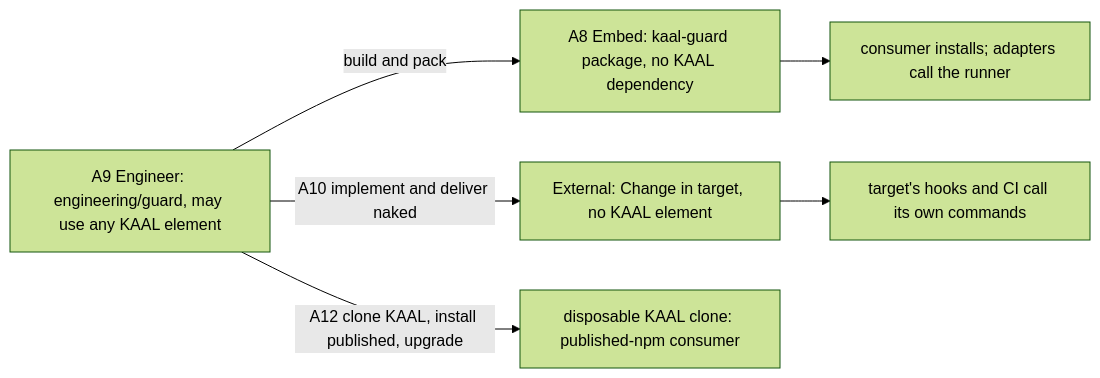
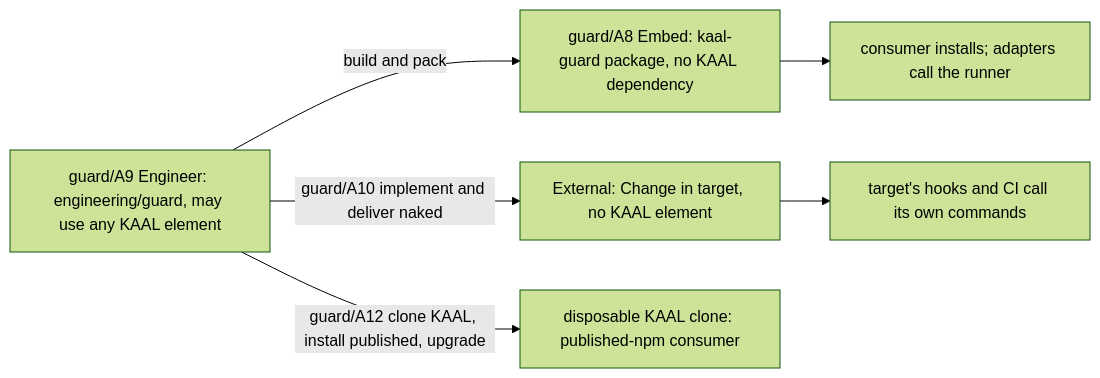
Before and after one commit to Kai-Hacks-AI/KAAL: the second of 2 diagrams in engineering/guard/architecture.md, drawn with Mermaid (forest theme). The commit also changed other lines of this file and 73 other files, not shown here.

First line of the commit message:
Integrate kaal/guard outside .github for promotion (guard 0.0.2)

````diff
--- a/engineering/guard/architecture.md
+++ b/engineering/guard/architecture.md
@@ -41,9 +47,9 @@
 ```mermaid
 flowchart LR
-  E[A9 Engineer: engineering/guard, may use any KAAL element]
-  E -->|build and pack| P[A8 Embed: kaal-guard package, no KAAL dependency]
-  E -->|A10 implement and deliver naked| X[External: Change in target, no KAAL element]
+  E[guard/A9 Engineer: engineering/guard, may use any KAAL element]
+  E -->|build and pack| P[guard/A8 Embed: kaal-guard package, no KAAL dependency]
+  E -->|guard/A10 implement and deliver naked| X[External: Change in target, no KAAL element]
   P --> C[consumer installs; adapters call the runner]
   X --> T[target's hooks and CI call its own commands]
-  E -->|A12 clone KAAL, install published, upgrade| K[disposable KAAL clone: published-npm consumer]
+  E -->|guard/A12 clone KAAL, install published, upgrade| K[disposable KAAL clone: published-npm consumer]
 ```
````
